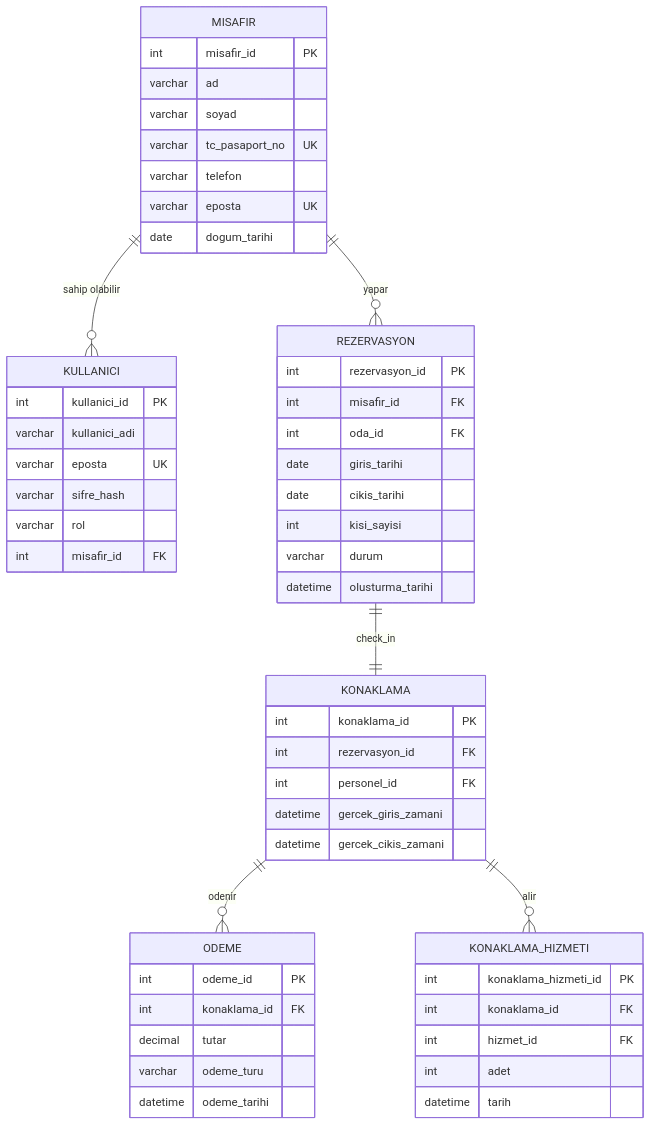
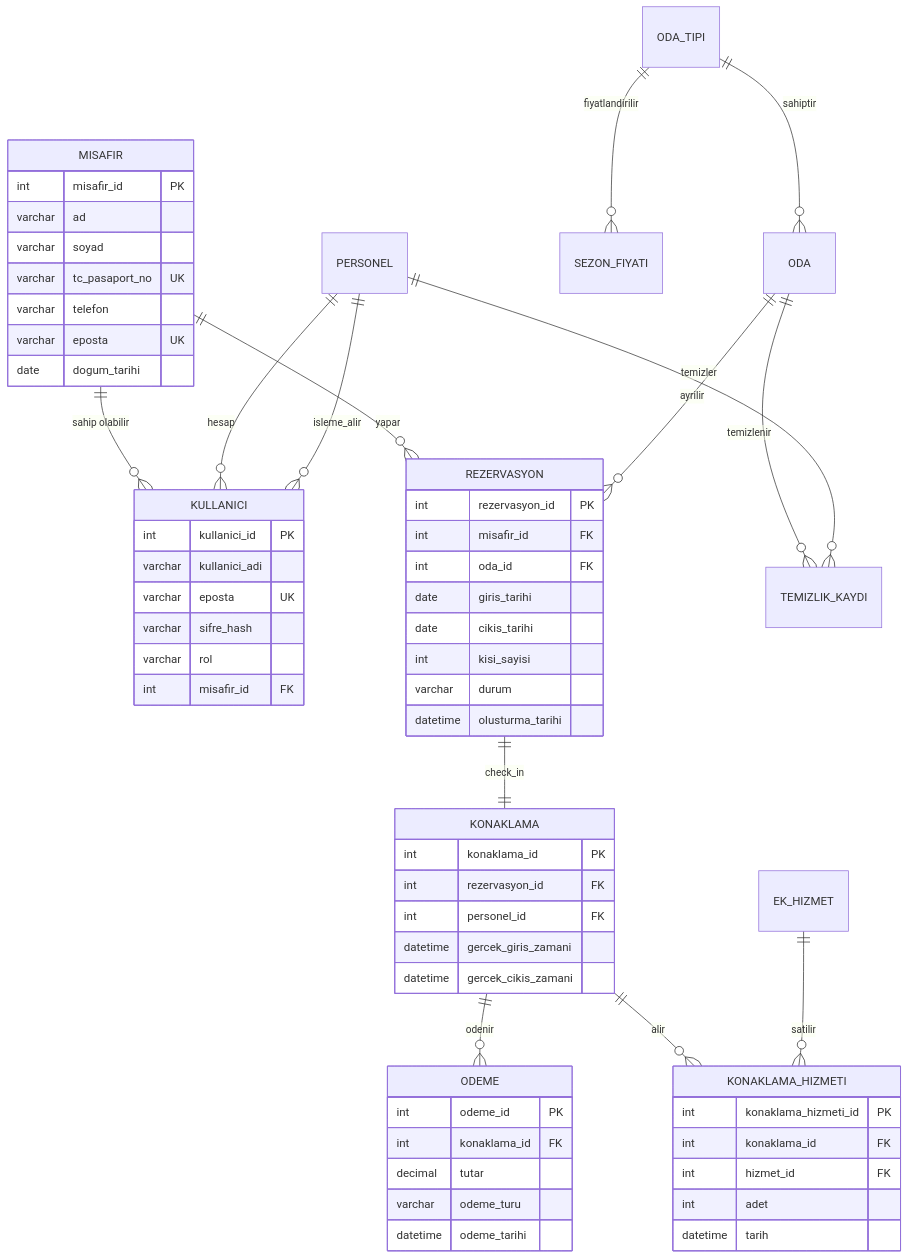
Before and after one commit to behiyebasturk/Otel_veritabani: the diagram in er_diagram.md, drawn with Mermaid. The commit also changed other lines of this file, not shown here.

First line of the commit message:
Update er_diagram.md

````diff
--- a/er_diagram.md
+++ b/er_diagram.md
@@ -1,62 +1,70 @@
 ```mermaid
 erDiagram
     MISAFIR ||--o{ KULLANICI : "sahip olabilir"
     MISAFIR ||--o{ REZERVASYON : "yapar"
     REZERVASYON ||--|| KONAKLAMA : "check_in"
     KONAKLAMA ||--o{ ODEME : "odenir"
     KONAKLAMA ||--o{ KONAKLAMA_HIZMETI : "alir"
+   ODA_TIPI ||--o{ ODA : "sahiptir"
+     ODA_TIPI  ||--o{ SEZON_FIYATI : "fiyatlandirilir"
+     ODA     ||--o{ REZERVASYON : "ayrilir"
+     ODA      ||--o{ TEMIZLIK_KAYDI: "temizlenir"
+     PERSONEL ||--o{ KULLANICI: "hesap"
+     PERSONEL ||--o{ KULLANICI: "isleme_alir"
+     PERSONEL ||--o{ TEMIZLIK_KAYDI: "temizler"
+     EK_HIZMET ||--o{ KONAKLAMA_HIZMETI: "satilir"
 
     MISAFIR {
         int misafir_id PK
         varchar ad
         varchar soyad
         varchar tc_pasaport_no UK
         varchar telefon
         varchar eposta UK
         date dogum_tarihi
     }
 
     KULLANICI {
         int kullanici_id PK
         varchar kullanici_adi
         varchar eposta UK
         varchar sifre_hash
         varchar rol
         int misafir_id FK
     }
 
     REZERVASYON {
         int rezervasyon_id PK
         int misafir_id FK
         int oda_id FK
         date giris_tarihi
         date cikis_tarihi
         int kisi_sayisi
         varchar durum
         datetime olusturma_tarihi
     }
 
     KONAKLAMA {
         int konaklama_id PK
         int rezervasyon_id FK
         int personel_id FK
         datetime gercek_giris_zamani
         datetime gercek_cikis_zamani
     }
 
     ODEME {
         int odeme_id PK
         int konaklama_id FK
         decimal tutar
         varchar odeme_turu
         datetime odeme_tarihi
     }
 
     KONAKLAMA_HIZMETI {
         int konaklama_hizmeti_id PK
         int konaklama_id FK
         int hizmet_id FK
         int adet
         datetime tarih
     }
 ```
````
